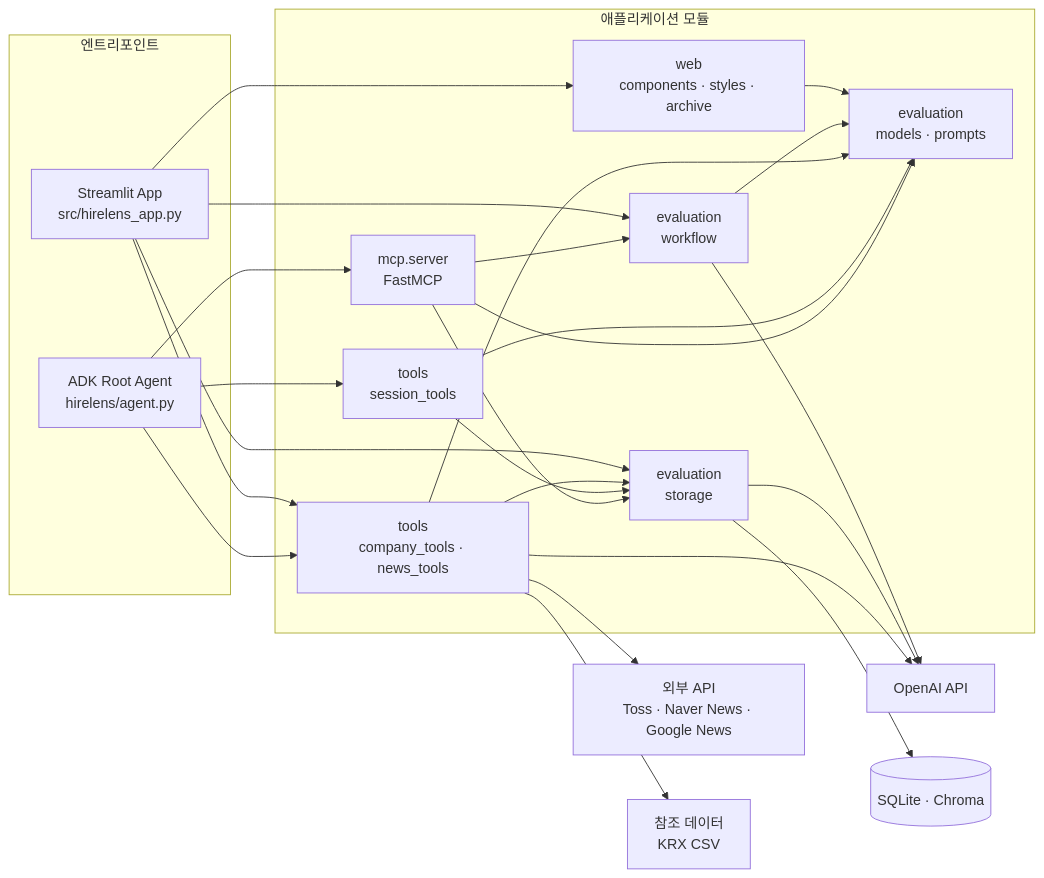
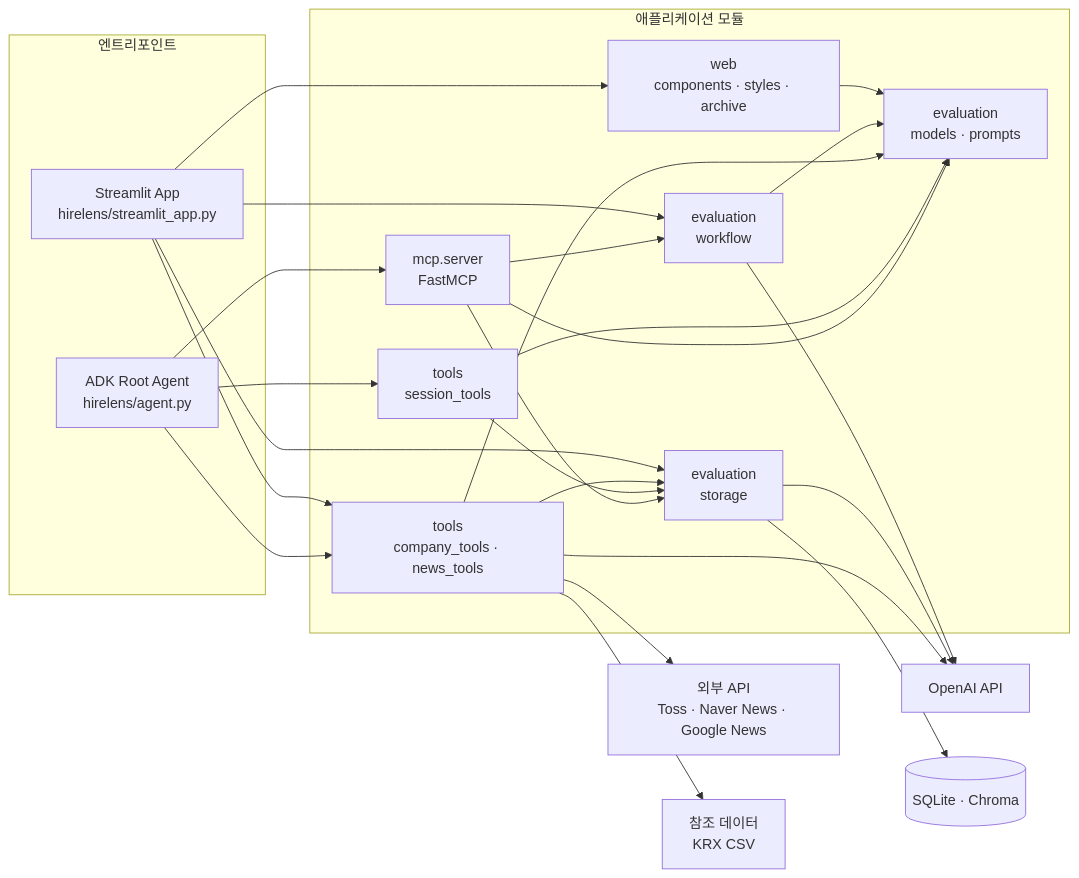
The diagram in README.md (cwj0666/hirelens), drawn with Mermaid before and after one commit. The commit also changed other lines of this file and 7 other files, not shown here.

````diff
--- a/README.md
+++ b/README.md
@@ -112,51 +139,51 @@
 ```mermaid
 graph LR
     subgraph Entry["엔트리포인트"]
-        Streamlit["Streamlit App<br/>src/hirelens_app.py"]
+        Streamlit["Streamlit App<br/>hirelens/streamlit_app.py"]
         ADK["ADK Root Agent<br/>hirelens/agent.py"]
     end
 
     subgraph Modules["애플리케이션 모듈"]
         Web["web<br/>components · styles · archive"]
         Eval["evaluation<br/>workflow"]
         Models["evaluation<br/>models · prompts"]
         Storage["evaluation<br/>storage"]
         SessionTools["tools<br/>session_tools"]
         BizTools["tools<br/>company_tools · news_tools"]
         MCP["mcp.server<br/>FastMCP"]
     end
 
     OpenAI["OpenAI API"]
     ExtAPI["외부 API<br/>Toss · Naver News · Google News"]
     RefData["참조 데이터<br/>KRX CSV"]
     RuntimeData[("SQLite · Chroma")]
 
     Streamlit --> Web
     Streamlit --> Eval
     Streamlit --> Storage
     Streamlit --> BizTools
 
     Web --> Models
     Eval --> Models
     Eval --> OpenAI
 
     Storage --> RuntimeData
     Storage --> OpenAI
 
     BizTools --> ExtAPI
     BizTools --> RefData
     BizTools --> Storage
     BizTools --> Models
     BizTools --> OpenAI
 
     ADK --> SessionTools
     ADK --> BizTools
     ADK --> MCP
 
     SessionTools --> Storage
     SessionTools --> Models
 
     MCP --> Eval
     MCP --> Storage
     MCP --> Models
 ```
````
